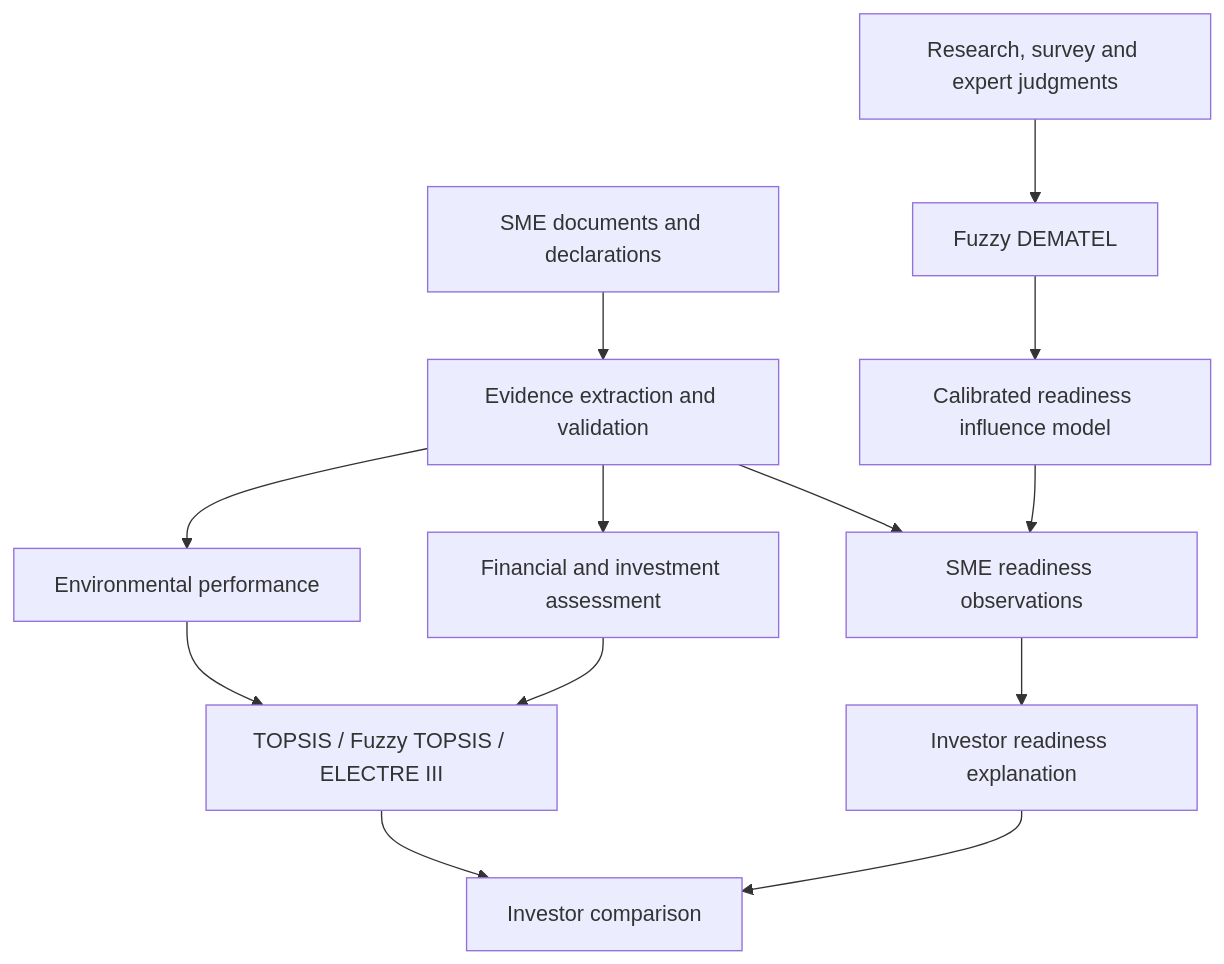
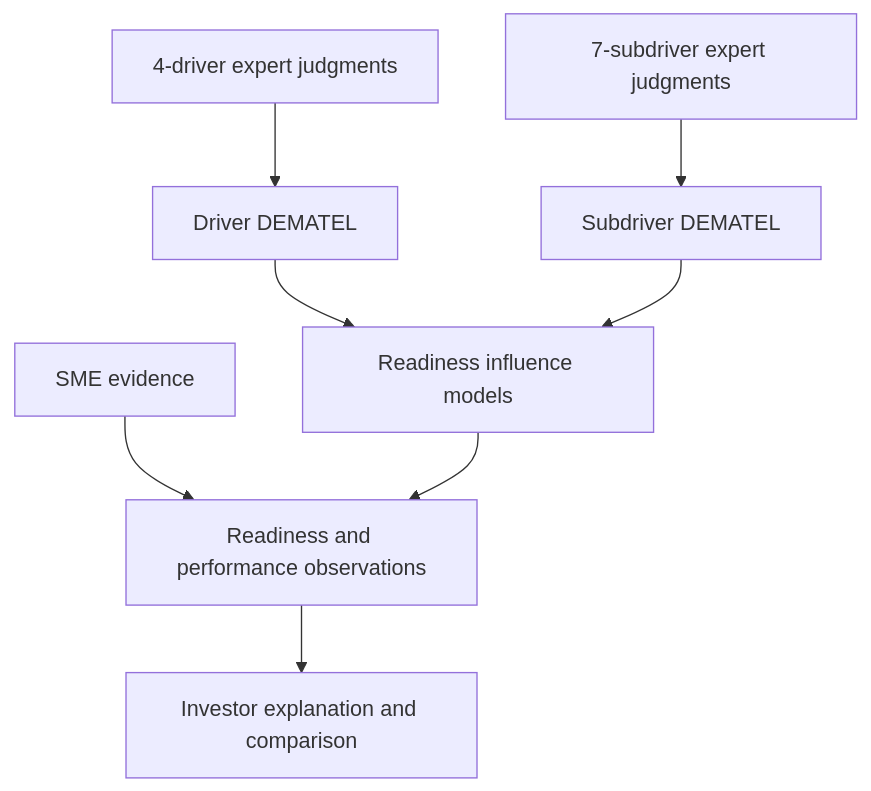
The diagram in docs/architecture.md (hashir001/GREENSMECAPT), drawn with Mermaid before and after one commit. The commit also changed other lines of this file and 8 other files, not shown here.

````diff
--- a/docs/architecture.md
+++ b/docs/architecture.md
@@ -5,15 +5,10 @@
 ```mermaid
 flowchart TD
-    A["Research, survey and expert judgments"] --> B["Fuzzy DEMATEL"]
-    B --> C["Calibrated readiness influence model"]
-    D["SME documents and declarations"] --> E["Evidence extraction and validation"]
-    E --> F["Environmental performance"]
-    E --> G["Financial and investment assessment"]
-    E --> H["SME readiness observations"]
-    C --> H
-    F --> I["TOPSIS / Fuzzy TOPSIS / ELECTRE III"]
-    G --> I
-    H --> J["Investor readiness explanation"]
-    I --> K["Investor comparison"]
-    J --> K
+    A["4-driver expert judgments"] --> C["Driver DEMATEL"]
+    B["7-subdriver expert judgments"] --> D["Subdriver DEMATEL"]
+    C --> E["Readiness influence models"]
+    D --> E
+    F["SME evidence"] --> G["Readiness and performance observations"]
+    E --> G
+    G --> H["Investor explanation and comparison"]
 ```
````
